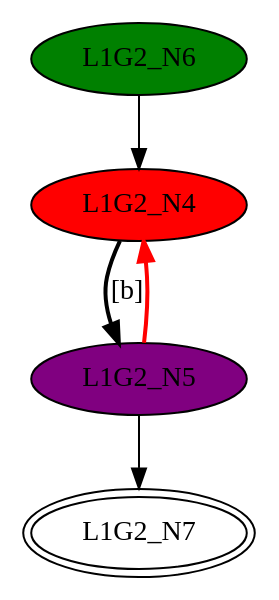
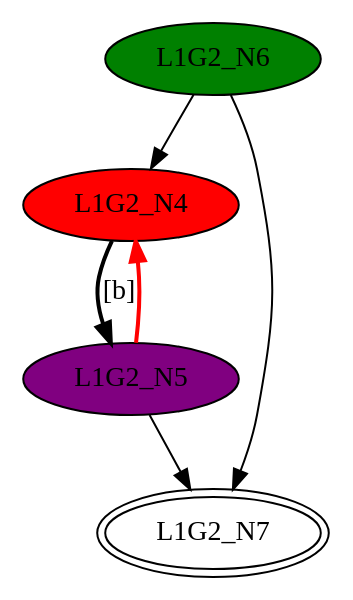
Before and after one commit to GDimitroulakos/EDUFLEX: the diagram in DFASimulator/Testbench/Closure_G2.dot, drawn with Graphviz. The commit also changed 192 other files, not shown here.

```diff
--- a/DFASimulator/Testbench/Closure_G2.dot
+++ b/DFASimulator/Testbench/Closure_G2.dot
@@ -1,10 +1,11 @@
 digraph G2{
 "L1G2_N4" [style=filled,fillcolor=red];
 "L1G2_N5" [style=filled,fillcolor=purple];
 "L1G2_N6" [style=filled,fillcolor=green];
 "L1G2_N7" [peripheries=2];
 "L1G2_N4"->"L1G2_N5" [style = bold, label = "[b]"];
 "L1G2_N6"->"L1G2_N4";
 "L1G2_N5"->"L1G2_N7";
+"L1G2_N6"->"L1G2_N7";
 "L1G2_N5"->"L1G2_N4" [color=red,style = bold, label = ""];
 }
```
